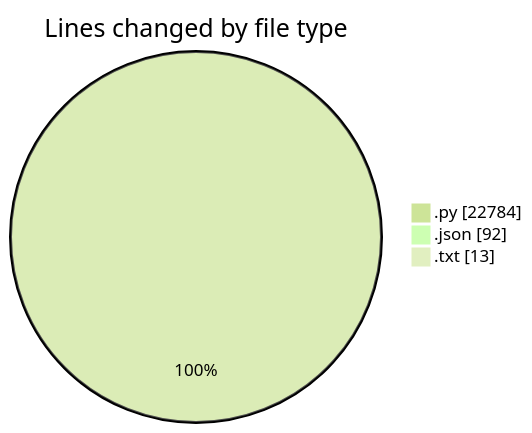
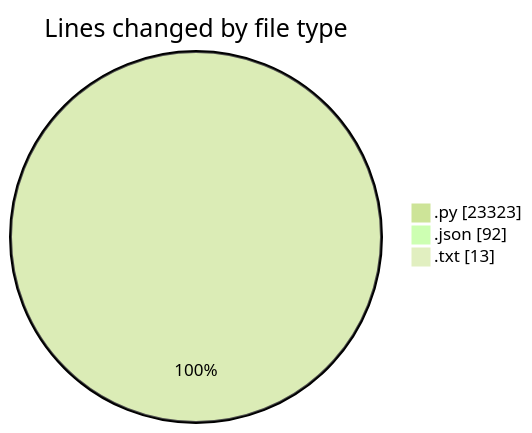
The first of 2 diagrams in 2025-07-13/telebot/README.md (jrari/code-tracking), drawn with Mermaid (forest theme) before and after one commit. The commit also changed other lines of this file and 1 other file, not shown here.

````diff
--- a/2025-07-13/telebot/README.md
+++ b/2025-07-13/telebot/README.md
@@ -57,7 +58,7 @@
 ```mermaid
 pie showData
 title Lines changed by file type
-".py" : 22784
+".py" : 23323
 ".json" : 92
 ".txt" : 13
 ```
````
